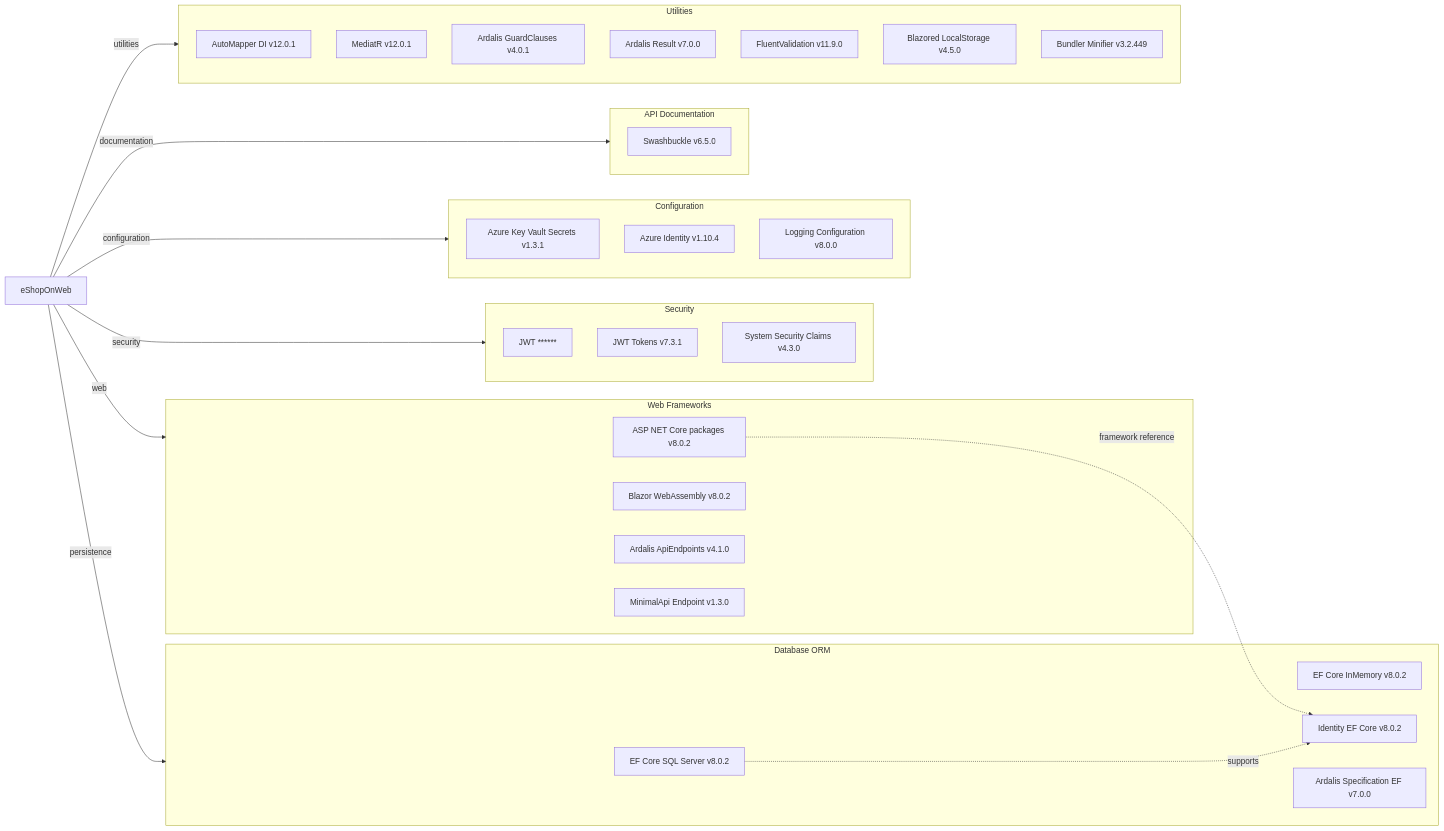
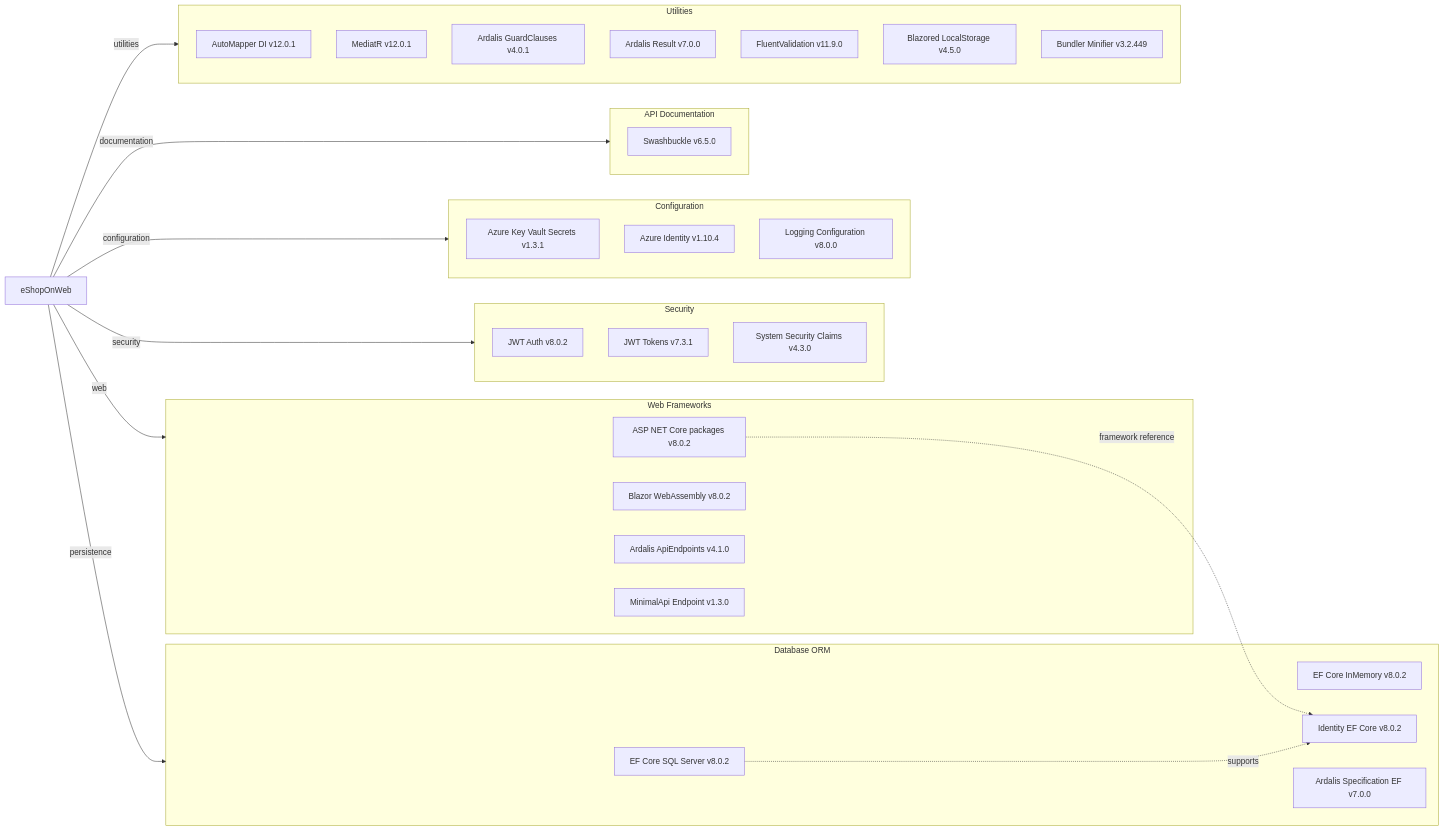
The diagram in .github/modernize/assessment/reports/report-20260817002434/facts/dependency-map.md (kaushganguly/eShopOnWeb), drawn with Mermaid before and after one commit. The commit also changed 3 other files, not shown here.

````diff
--- a/.github/modernize/assessment/reports/report-20260817002434/facts/dependency-map.md
+++ b/.github/modernize/assessment/reports/report-20260817002434/facts/dependency-map.md
@@ -7,48 +7,48 @@
 ```mermaid
 flowchart LR
     App["eShopOnWeb"]
 
     subgraph Web["Web Frameworks"]
         AspNetCore["ASP NET Core packages v8.0.2"]
         Blazor["Blazor WebAssembly v8.0.2"]
         ArdalisApi["Ardalis ApiEndpoints v4.1.0"]
         MinimalApi["MinimalApi Endpoint v1.3.0"]
     end
     subgraph DB["Database ORM"]
         EFSql["EF Core SQL Server v8.0.2"]
         EFMemory["EF Core InMemory v8.0.2"]
         IdentityEf["Identity EF Core v8.0.2"]
         ArdalisSpecEf["Ardalis Specification EF v7.0.0"]
     end
     subgraph Sec["Security"]
-        JwtBearer["JWT ******"]
+        JwtBearer["JWT Auth v8.0.2"]
         JwtTokens["JWT Tokens v7.3.1"]
         Claims["System Security Claims v4.3.0"]
     end
     subgraph Config["Configuration"]
         AzureSecrets["Azure Key Vault Secrets v1.3.1"]
         AzureIdentity["Azure Identity v1.10.4"]
         LoggingConfig["Logging Configuration v8.0.0"]
     end
     subgraph ApiDocs["API Documentation"]
         Swagger["Swashbuckle v6.5.0"]
     end
     subgraph Util["Utilities"]
         AutoMapper["AutoMapper DI v12.0.1"]
         MediatR["MediatR v12.0.1"]
         Guard["Ardalis GuardClauses v4.0.1"]
         Result["Ardalis Result v7.0.0"]
         FluentValidation["FluentValidation v11.9.0"]
         LocalStorage["Blazored LocalStorage v4.5.0"]
         Bundler["Bundler Minifier v3.2.449"]
     end
 
     App -->|"web"| Web
     App -->|"persistence"| DB
     App -->|"security"| Sec
     App -->|"configuration"| Config
     App -->|"documentation"| ApiDocs
     App -->|"utilities"| Util
     AspNetCore -.->|"framework reference"| IdentityEf
     EFSql -.->|"supports"| IdentityEf
 ```
````
